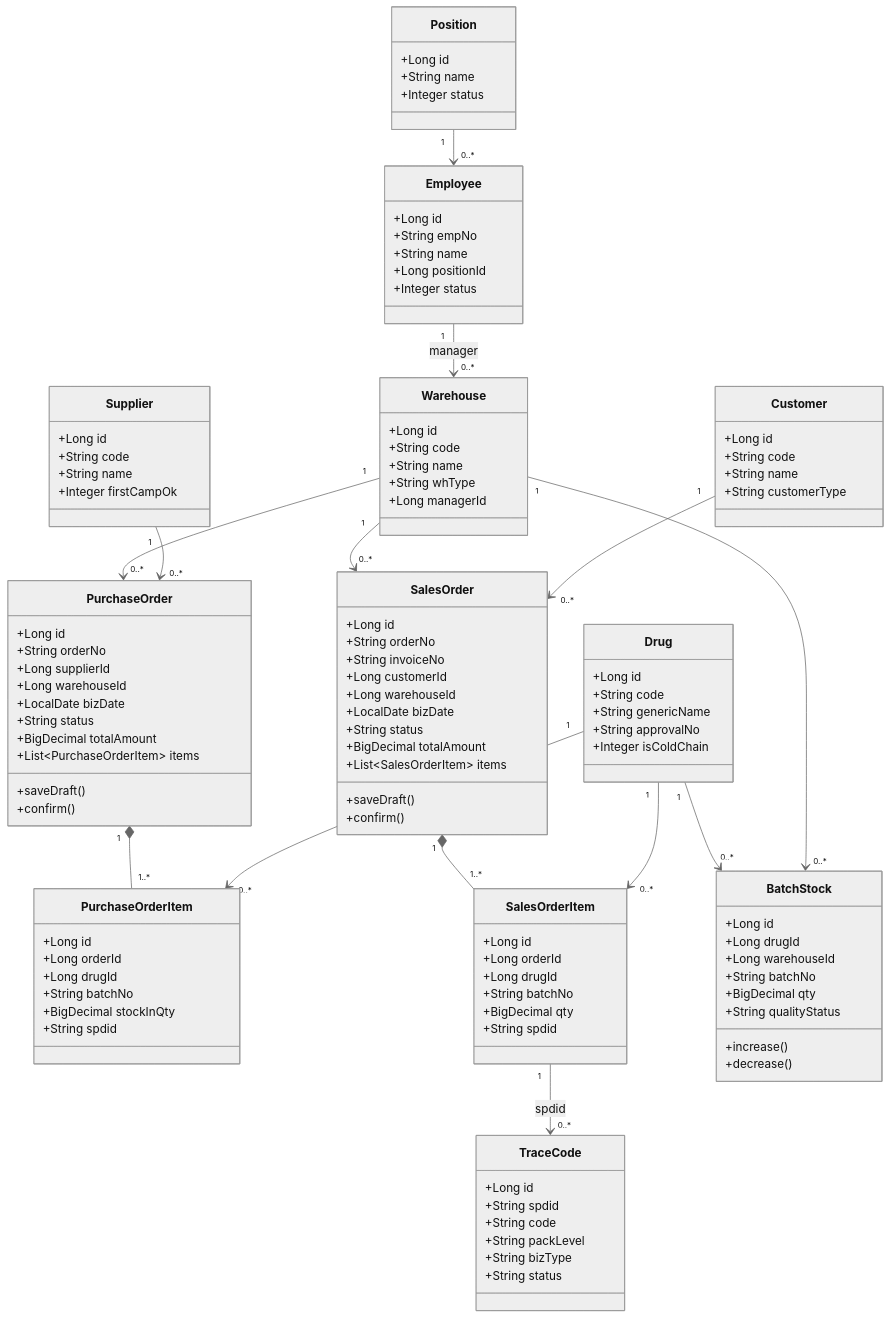
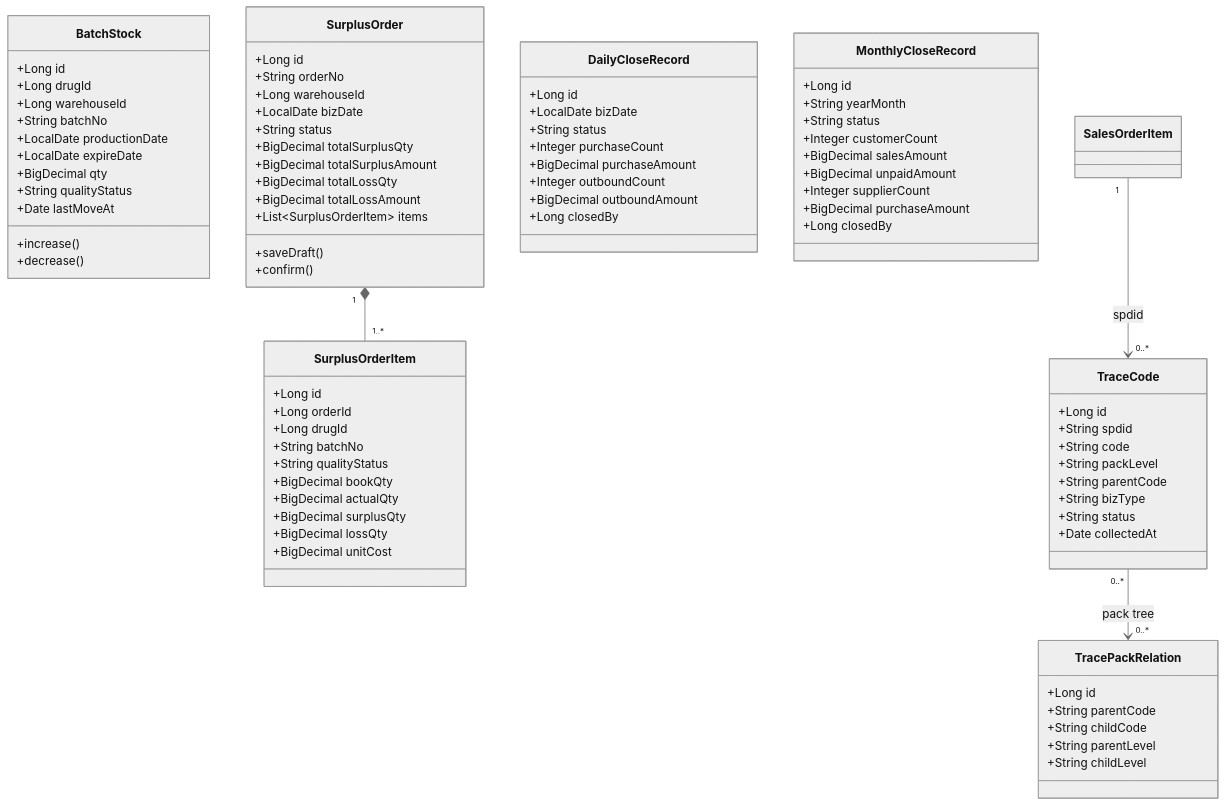
Before and after one commit to Andrewpixa/warehouse: the tenth of 20 diagrams in docs/pharma-er-uml.md, drawn with Mermaid (neutral theme). The commit also changed other lines of this file and 168 other files, not shown here.

````diff
--- a/docs/pharma-er-uml.md
+++ b/docs/pharma-er-uml.md
@@ -180,114 +592,84 @@
 ```mermaid
 classDiagram
-  class Position {
-    +Long id
-    +String name
-    +Integer status
-  }
-  class Employee {
-    +Long id
-    +String empNo
-    +String name
-    +Long positionId
-    +Integer status
-  }
-  class Supplier {
-    +Long id
-    +String code
-    +String name
-    +Integer firstCampOk
-  }
-  class Customer {
-    +Long id
-    +String code
-    +String name
-    +String customerType
-  }
-  class Drug {
-    +Long id
-    +String code
-    +String genericName
-    +String approvalNo
-    +Integer isColdChain
-  }
-  class Warehouse {
-    +Long id
-    +String code
-    +String name
-    +String whType
-    +Long managerId
-  }
-  class PurchaseOrder {
-    +Long id
-    +String orderNo
-    +Long supplierId
-    +Long warehouseId
-    +LocalDate bizDate
-    +String status
-    +BigDecimal totalAmount
-    +List~PurchaseOrderItem~ items
-    +saveDraft()
-    +confirm()
-  }
-  class PurchaseOrderItem {
-    +Long id
-    +Long orderId
-    +Long drugId
-    +String batchNo
-    +BigDecimal stockInQty
-    +String spdid
-  }
-  class SalesOrder {
-    +Long id
-    +String orderNo
-    +String invoiceNo
-    +Long customerId
-    +Long warehouseId
-    +LocalDate bizDate
-    +String status
-    +BigDecimal totalAmount
-    +List~SalesOrderItem~ items
-    +saveDraft()
-    +confirm()
-  }
-  class SalesOrderItem {
-    +Long id
-    +Long orderId
-    +Long drugId
-    +String batchNo
-    +BigDecimal qty
-    +String spdid
-  }
   class BatchStock {
     +Long id
     +Long drugId
     +Long warehouseId
     +String batchNo
+    +LocalDate productionDate
+    +LocalDate expireDate
     +BigDecimal qty
     +String qualityStatus
+    +Date lastMoveAt
     +increase()
     +decrease()
+  }
+  class SurplusOrder {
+    +Long id
+    +String orderNo
+    +Long warehouseId
+    +LocalDate bizDate
+    +String status
+    +BigDecimal totalSurplusQty
+    +BigDecimal totalSurplusAmount
+    +BigDecimal totalLossQty
+    +BigDecimal totalLossAmount
+    +List~SurplusOrderItem~ items
+    +saveDraft()
+    +confirm()
+  }
+  class SurplusOrderItem {
+    +Long id
+    +Long orderId
+    +Long drugId
+    +String batchNo
+    +String qualityStatus
+    +BigDecimal bookQty
+    +BigDecimal actualQty
+    +BigDecimal surplusQty
+    +BigDecimal lossQty
+    +BigDecimal unitCost
   }
   class TraceCode {
     +Long id
     +String spdid
     +String code
     +String packLevel
+    +String parentCode
     +String bizType
     +String status
+    +Date collectedAt
+  }
+  class TracePackRelation {
+    +Long id
+    +String parentCode
+    +String childCode
+    +String parentLevel
+    +String childLevel
+  }
+  class DailyCloseRecord {
+    +Long id
+    +LocalDate bizDate
+    +String status
+    +Integer purchaseCount
+    +BigDecimal purchaseAmount
+    +Integer outboundCount
+    +BigDecimal outboundAmount
+    +Long closedBy
+  }
+  class MonthlyCloseRecord {
+    +Long id
+    +String yearMonth
+    +String status
+    +Integer customerCount
+    +BigDecimal salesAmount
+    +BigDecimal unpaidAmount
+    +Integer supplierCount
+    +BigDecimal purchaseAmount
+    +Long closedBy
   }
 
-  Position "1" --> "0..*" Employee
-  Employee "1" --> "0..*" Warehouse : manager
-  Supplier "1" --> "0..*" PurchaseOrder
-  Customer "1" --> "0..*" SalesOrder
-  Warehouse "1" --> "0..*" PurchaseOrder
-  Warehouse "1" --> "0..*" SalesOrder
-  Warehouse "1" --> "0..*" BatchStock
-  Drug "1" --> "0..*" PurchaseOrderItem
-  Drug "1" --> "0..*" SalesOrderItem
-  Drug "1" --> "0..*" BatchStock
-  PurchaseOrder "1" *-- "1..*" PurchaseOrderItem
-  SalesOrder "1" *-- "1..*" SalesOrderItem
+  SurplusOrder "1" *-- "1..*" SurplusOrderItem
   SalesOrderItem "1" --> "0..*" TraceCode : spdid
+  TraceCode "0..*" --> "0..*" TracePackRelation : pack tree
 ```
````
